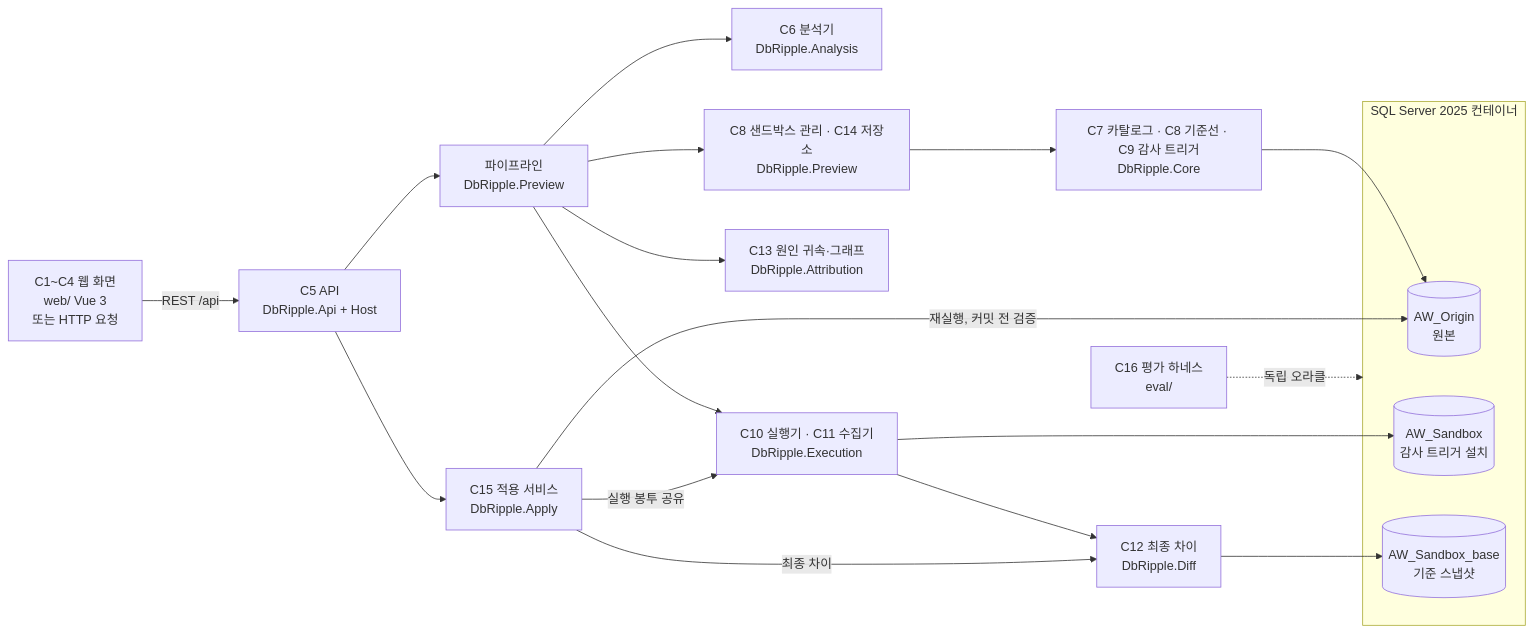
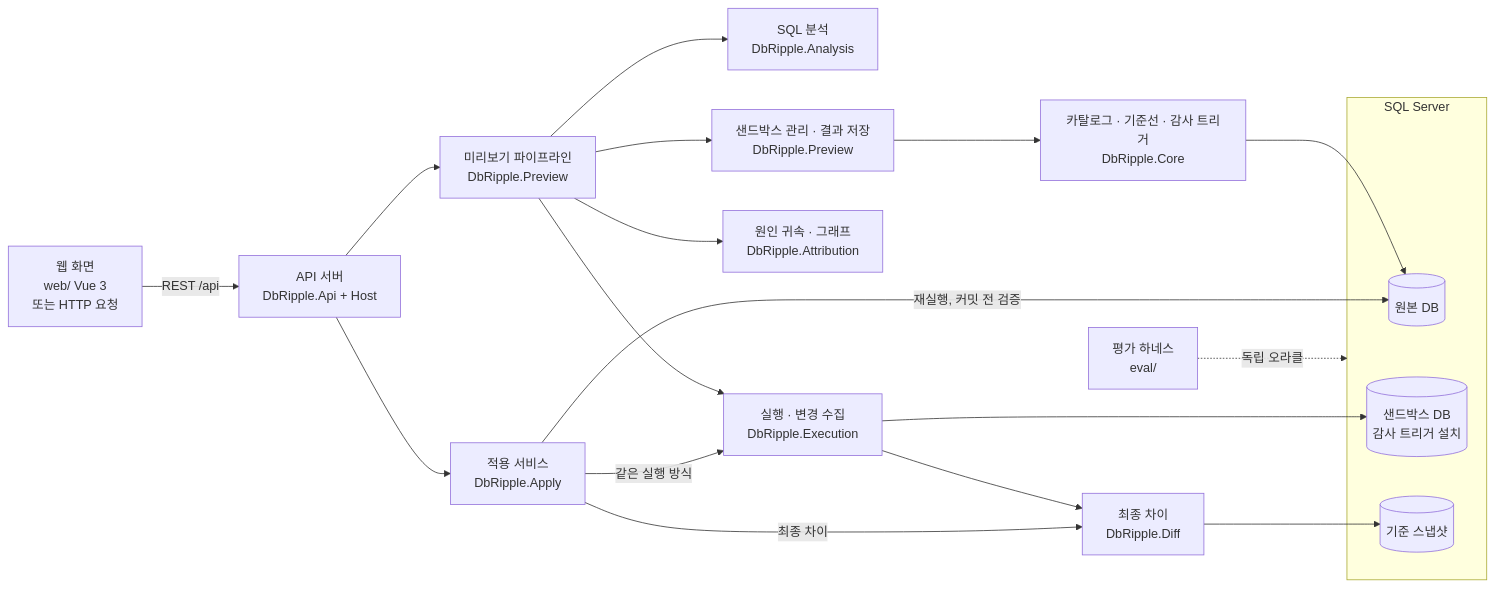
Before and after one commit to yoyowasi/db-ripple: the diagram in README.md, drawn with Mermaid. The commit also changed other lines of this file, not shown here.

````diff
--- a/README.md
+++ b/README.md
@@ -58,24 +58,24 @@
 ```mermaid
 flowchart LR
-  U[C1~C4 웹 화면<br/>web/ Vue 3<br/>또는 HTTP 요청] -->|REST /api| API[C5 API<br/>DbRipple.Api + Host]
-  API --> P[파이프라인<br/>DbRipple.Preview]
-  API --> AP[C15 적용 서비스<br/>DbRipple.Apply]
-  P --> A[C6 분석기<br/>DbRipple.Analysis]
-  P --> E[C10 실행기 · C11 수집기<br/>DbRipple.Execution]
-  E --> D[C12 최종 차이<br/>DbRipple.Diff]
-  P --> R[C13 원인 귀속·그래프<br/>DbRipple.Attribution]
-  P --> S[C8 샌드박스 관리 · C14 저장소<br/>DbRipple.Preview]
-  S --> CORE[C7 카탈로그 · C8 기준선 · C9 감사 트리거<br/>DbRipple.Core]
-  subgraph SQL[SQL Server 2025 컨테이너]
-    O[(AW_Origin<br/>원본)]
-    SB[(AW_Sandbox<br/>감사 트리거 설치)]
-    SN[(AW_Sandbox_base<br/>기준 스냅샷)]
+  U[웹 화면<br/>web/ Vue 3<br/>또는 HTTP 요청] -->|REST /api| API[API 서버<br/>DbRipple.Api + Host]
+  API --> P[미리보기 파이프라인<br/>DbRipple.Preview]
+  API --> AP[적용 서비스<br/>DbRipple.Apply]
+  P --> A[SQL 분석<br/>DbRipple.Analysis]
+  P --> E[실행 · 변경 수집<br/>DbRipple.Execution]
+  E --> D[최종 차이<br/>DbRipple.Diff]
+  P --> R[원인 귀속 · 그래프<br/>DbRipple.Attribution]
+  P --> S[샌드박스 관리 · 결과 저장<br/>DbRipple.Preview]
+  S --> CORE[카탈로그 · 기준선 · 감사 트리거<br/>DbRipple.Core]
+  subgraph SQL[SQL Server]
+    O[(원본 DB)]
+    SB[(샌드박스 DB<br/>감사 트리거 설치)]
+    SN[(기준 스냅샷)]
   end
   E --> SB
   D --> SN
   CORE --> O
-  AP -->|실행 봉투 공유| E
+  AP -->|같은 실행 방식| E
   AP -->|최종 차이| D
   AP -->|재실행, 커밋 전 검증| O
-  EV[C16 평가 하네스<br/>eval/] -. 독립 오라클 .-> SQL
+  EV[평가 하네스<br/>eval/] -. 독립 오라클 .-> SQL
 ```
````
